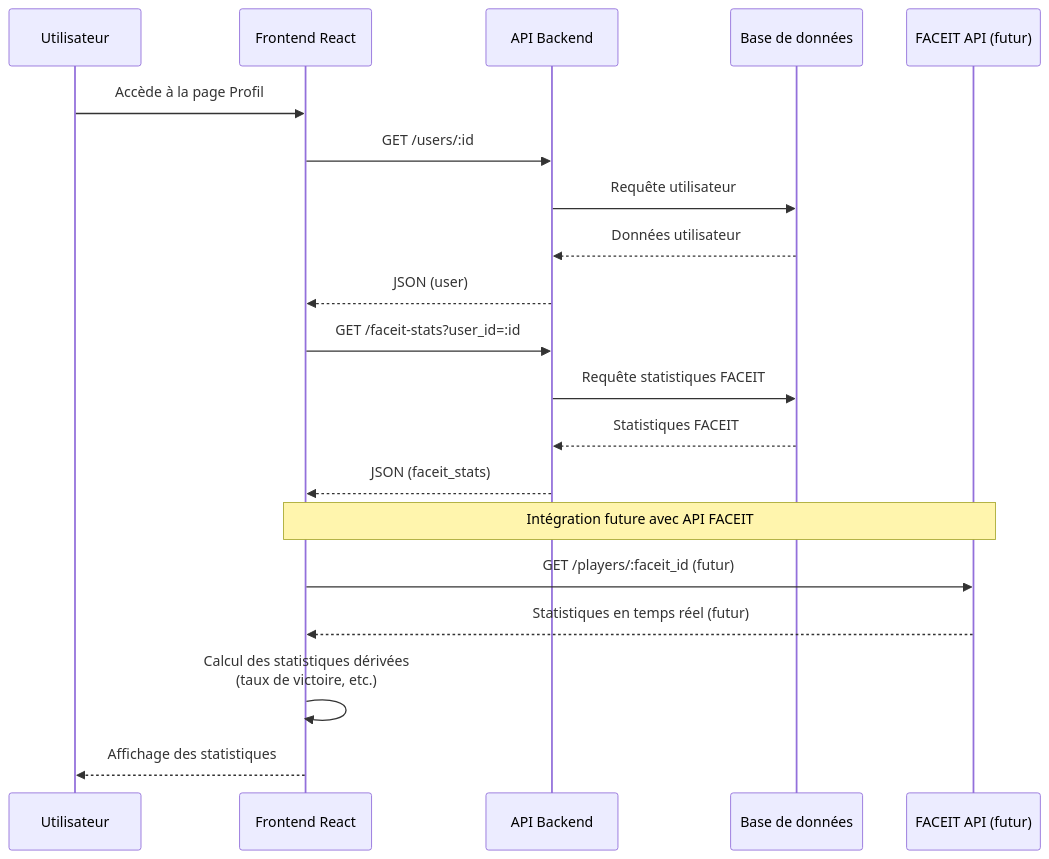
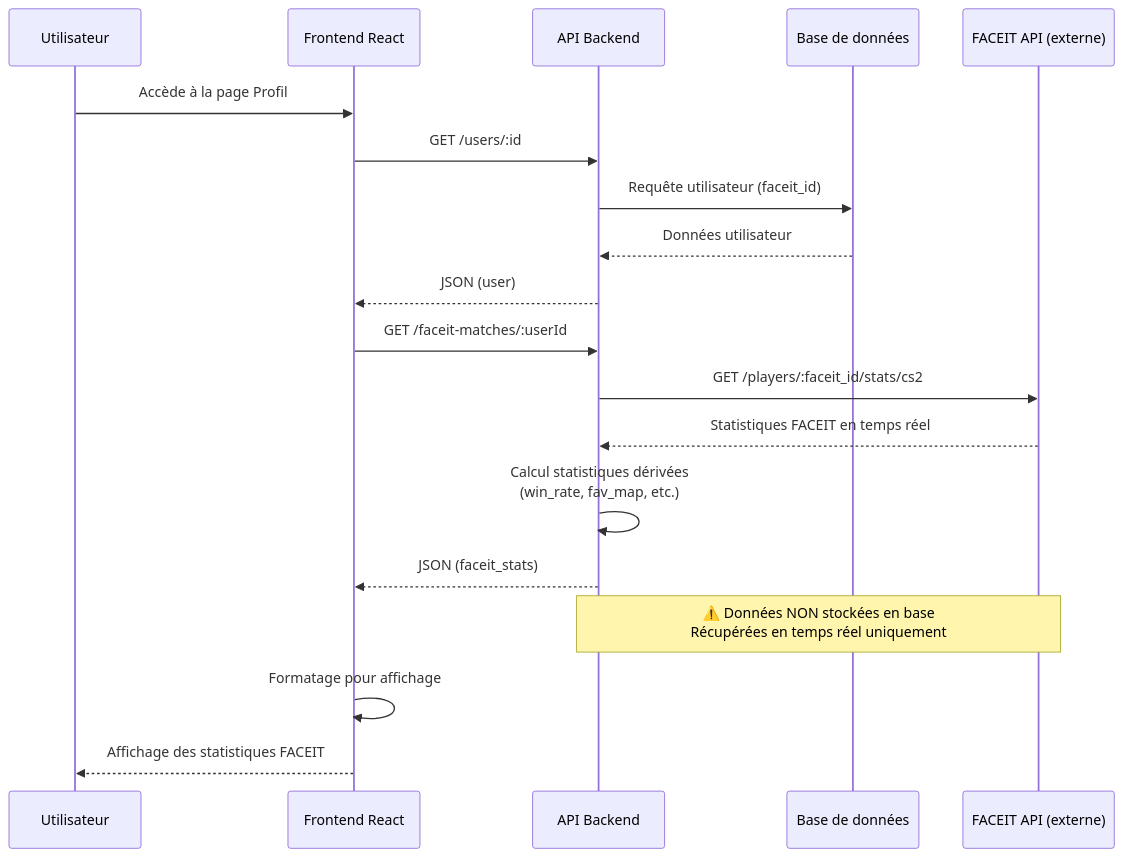
Before and after one commit to kenant68/Find-It: the diagram in apps/documentation/sequences/faceit-stats.mmd, drawn with Mermaid. The commit also changed 6 other files, not shown here.

```diff
--- a/apps/documentation/sequences/faceit-stats.mmd
+++ b/apps/documentation/sequences/faceit-stats.mmd
@@ -1,24 +1,23 @@
 sequenceDiagram
     participant User as Utilisateur
     participant Frontend as Frontend React
     participant API as API Backend
     participant DB as Base de données
-    participant Faceit as FACEIT API (futur)
+    participant Faceit as FACEIT API (externe)
 
     User->>Frontend: Accède à la page Profil
     Frontend->>API: GET /users/:id
-    API->>DB: Requête utilisateur
+    API->>DB: Requête utilisateur (faceit_id)
     DB-->>API: Données utilisateur
     API-->>Frontend: JSON (user)
-    
-    Frontend->>API: GET /faceit-stats?user_id=:id
-    API->>DB: Requête statistiques FACEIT
-    DB-->>API: Statistiques FACEIT
+
+    Frontend->>API: GET /faceit-matches/:userId
+    API->>Faceit: GET /players/:faceit_id/stats/cs2
+    Faceit-->>API: Statistiques FACEIT en temps réel
+    API->>API: Calcul statistiques dérivées<br/>(win_rate, fav_map, etc.)
     API-->>Frontend: JSON (faceit_stats)
-    
-    Note over Frontend,Faceit: Intégration future avec API FACEIT
-    Frontend->>Faceit: GET /players/:faceit_id (futur)
-    Faceit-->>Frontend: Statistiques en temps réel (futur)
-    
-    Frontend->>Frontend: Calcul des statistiques dérivées<br/>(taux de victoire, etc.)
-    Frontend-->>User: Affichage des statistiques
+
+    Note over API,Faceit: ⚠️ Données NON stockées en base<br/>Récupérées en temps réel uniquement
+
+    Frontend->>Frontend: Formatage pour affichage
+    Frontend-->>User: Affichage des statistiques FACEIT
```
